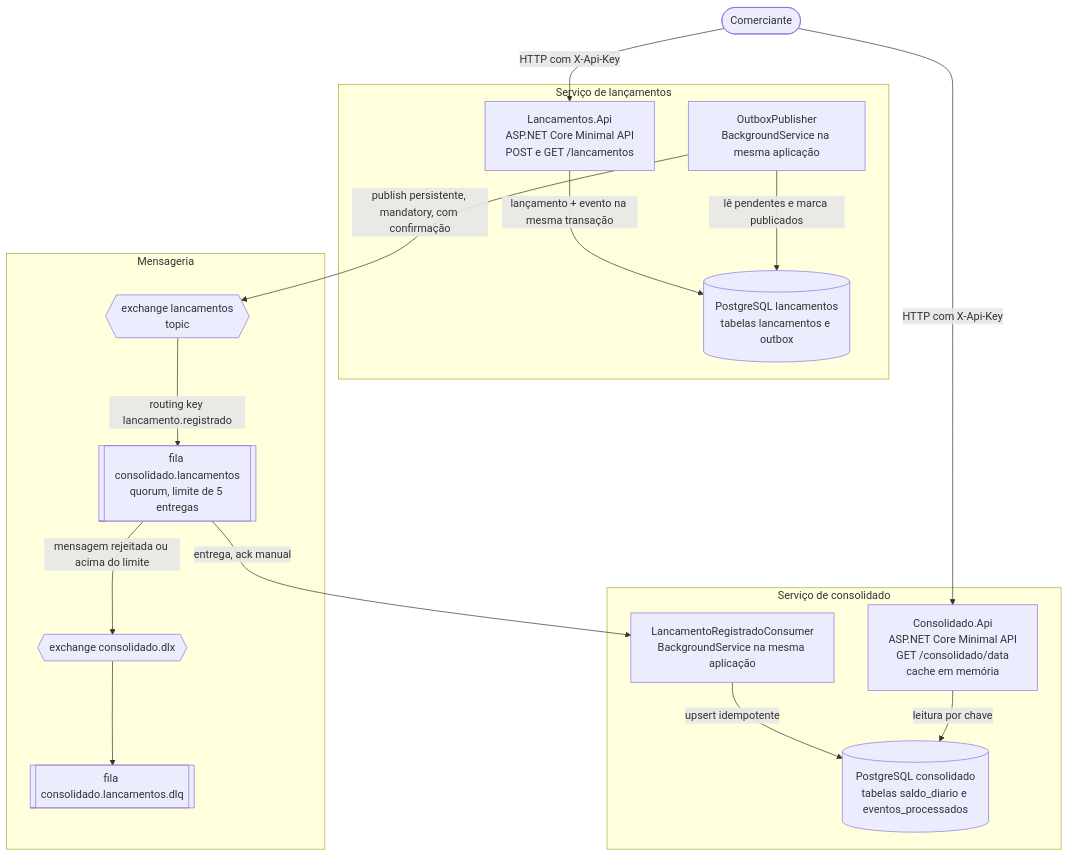
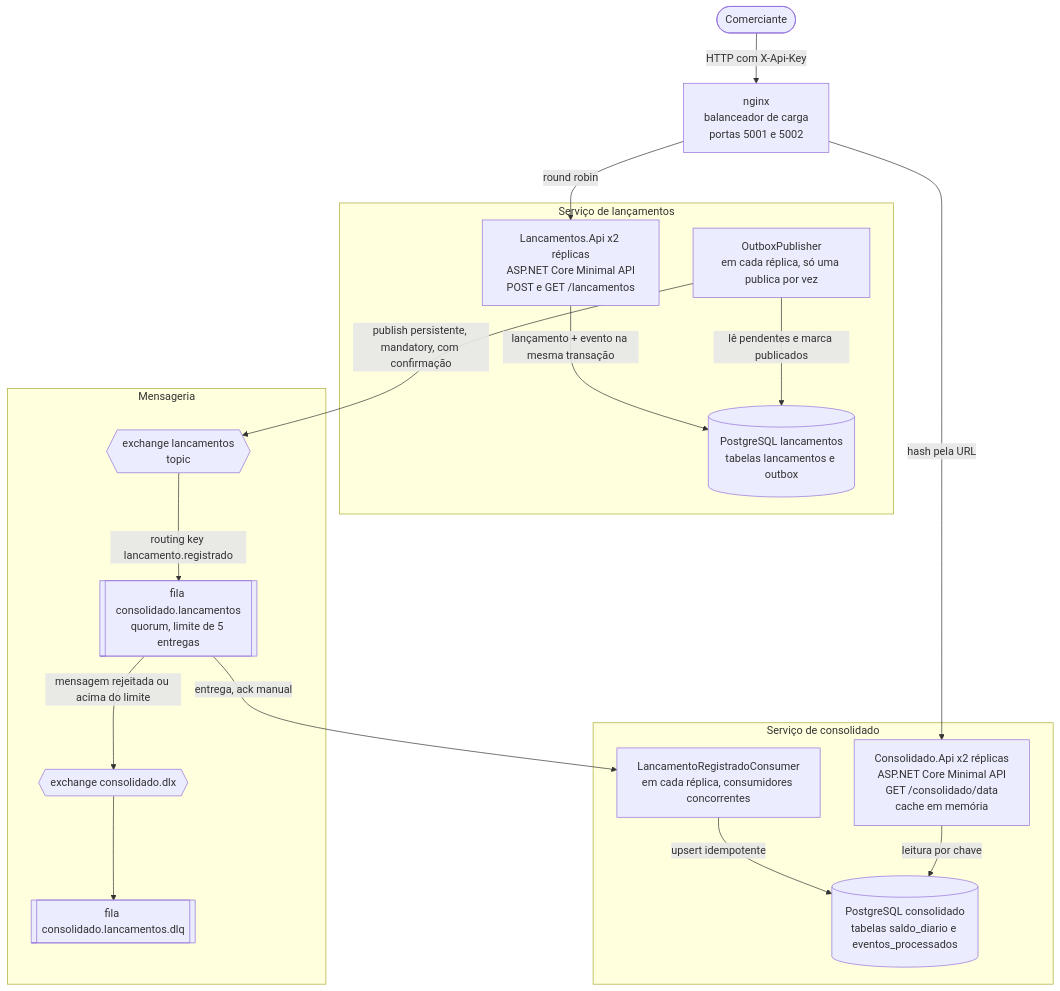
The second of 4 diagrams in docs/arquitetura.md (miltoncamara/Verity_FluxoDeCaixa), drawn with Mermaid before and after one commit. The commit also changed other lines of this file and 2 other files, not shown here.

Commit message:
Documenta escalabilidade, réplicas e balanceamento

````diff
--- a/docs/arquitetura.md
+++ b/docs/arquitetura.md
@@ -24,35 +24,37 @@
 ```mermaid
 flowchart TB
     Comerciante([Comerciante])
+    Nginx[nginx<br/>balanceador de carga<br/>portas 5001 e 5002]
 
     subgraph Lancamentos[Serviço de lançamentos]
-        LApi[Lancamentos.Api<br/>ASP.NET Core Minimal API<br/>POST e GET /lancamentos]
-        Pub[OutboxPublisher<br/>BackgroundService na mesma aplicação]
+        LApi[Lancamentos.Api x2 réplicas<br/>ASP.NET Core Minimal API<br/>POST e GET /lancamentos]
+        Pub[OutboxPublisher<br/>em cada réplica, só uma publica por vez]
         LDb[(PostgreSQL lancamentos<br/>tabelas lancamentos e outbox)]
     end
 
     subgraph Broker[Mensageria]
         Ex{{exchange lancamentos<br/>topic}}
         Fila[[fila consolidado.lancamentos<br/>quorum, limite de 5 entregas]]
         Dlx{{exchange consolidado.dlx}}
         Dlq[[fila consolidado.lancamentos.dlq]]
     end
 
     subgraph Consolidado[Serviço de consolidado]
-        Cons[LancamentoRegistradoConsumer<br/>BackgroundService na mesma aplicação]
-        CApi[Consolidado.Api<br/>ASP.NET Core Minimal API<br/>GET /consolidado/data<br/>cache em memória]
+        Cons[LancamentoRegistradoConsumer<br/>em cada réplica, consumidores concorrentes]
+        CApi[Consolidado.Api x2 réplicas<br/>ASP.NET Core Minimal API<br/>GET /consolidado/data<br/>cache em memória]
         CDb[(PostgreSQL consolidado<br/>tabelas saldo_diario e eventos_processados)]
     end
 
-    Comerciante -- HTTP com X-Api-Key --> LApi
-    Comerciante -- HTTP com X-Api-Key --> CApi
+    Comerciante -- HTTP com X-Api-Key --> Nginx
+    Nginx -- round robin --> LApi
+    Nginx -- hash pela URL --> CApi
     LApi -- lançamento + evento na mesma transação --> LDb
     Pub -- lê pendentes e marca publicados --> LDb
     Pub -- publish persistente, mandatory, com confirmação --> Ex
     Ex -- routing key lancamento.registrado --> Fila
     Fila -- entrega, ack manual --> Cons
     Fila -- mensagem rejeitada ou acima do limite --> Dlx
     Dlx --> Dlq
     Cons -- upsert idempotente --> CDb
     CApi -- leitura por chave --> CDb
 ```
````
